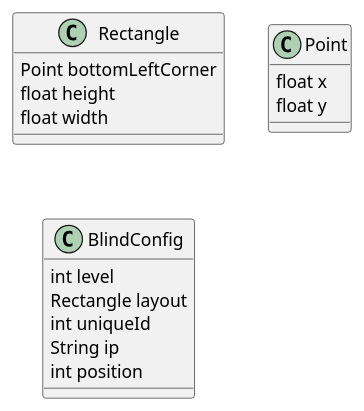
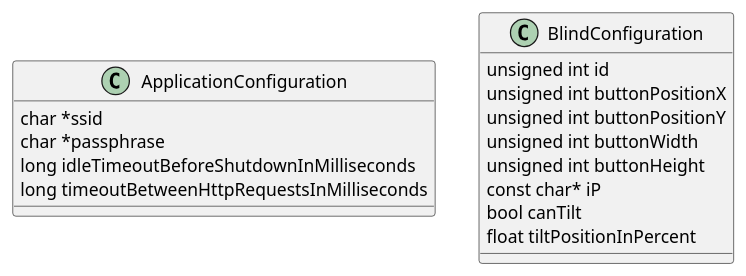
The diagram in documentation/diagrams/blind-configuration.puml (k-phi/M5Core2BlindsController), drawn with PlantUML before and after one commit. The commit also changed 10 other files, not shown here.

```diff
--- a/documentation/diagrams/blind-configuration.puml
+++ b/documentation/diagrams/blind-configuration.puml
@@ -1,22 +1,21 @@
-@startuml Blind Configuration
+@startuml Configuration
 
-class Rectangle {
-    Point bottomLeftCorner
-    float height 
-    float width
+class ApplicationConfiguration {
+    char *ssid
+    char *passphrase
+    long idleTimeoutBeforeShutdownInMilliseconds
+    long timeoutBetweenHttpRequestsInMilliseconds
 }
 
-class Point {
-    float x
-    float y
-}
-
-class BlindConfig {
-    int level
-    Rectangle layout
-    int uniqueId
-    String ip
-    int position
+class BlindConfiguration {
+    unsigned int id
+    unsigned int buttonPositionX
+    unsigned int buttonPositionY
+    unsigned int buttonWidth
+    unsigned int buttonHeight
+    const char* iP
+    bool canTilt
+    float tiltPositionInPercent
 }
 
 @enduml
```
